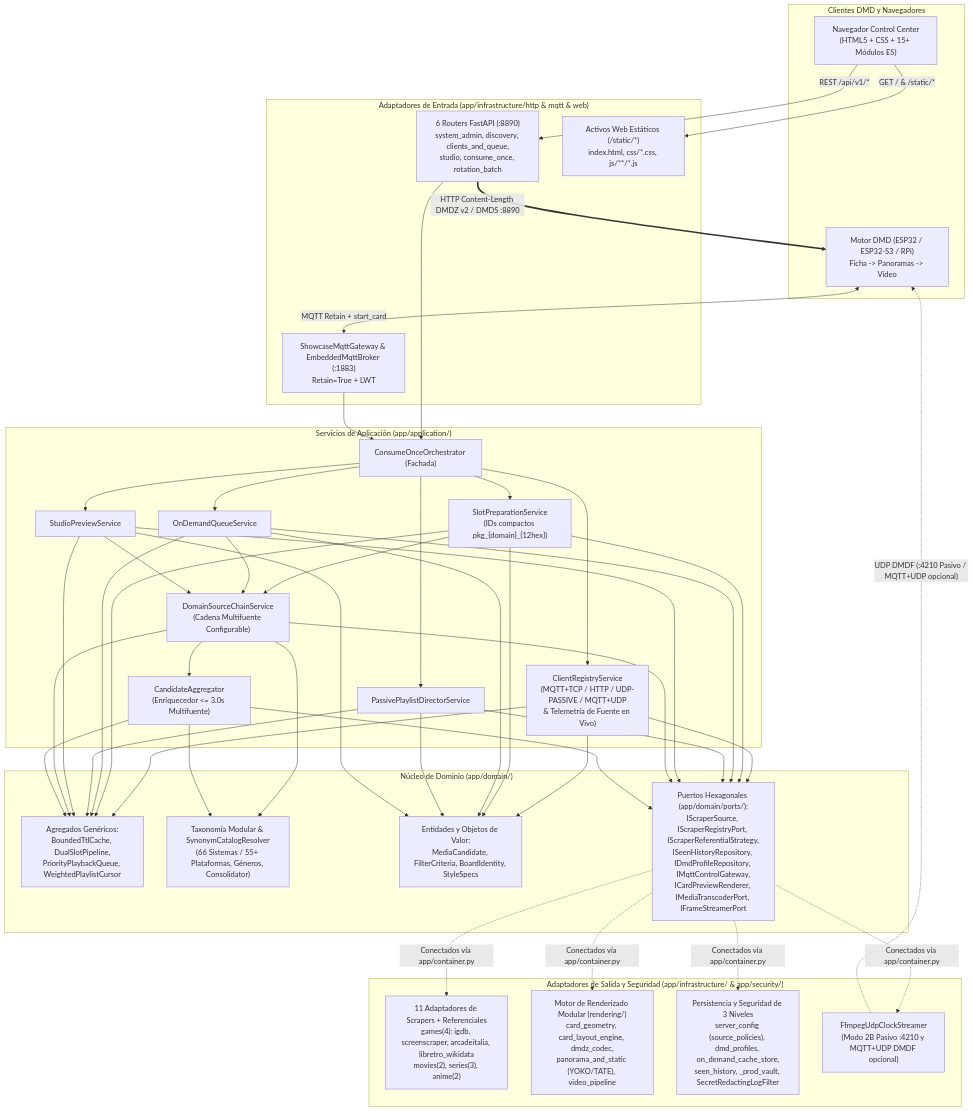
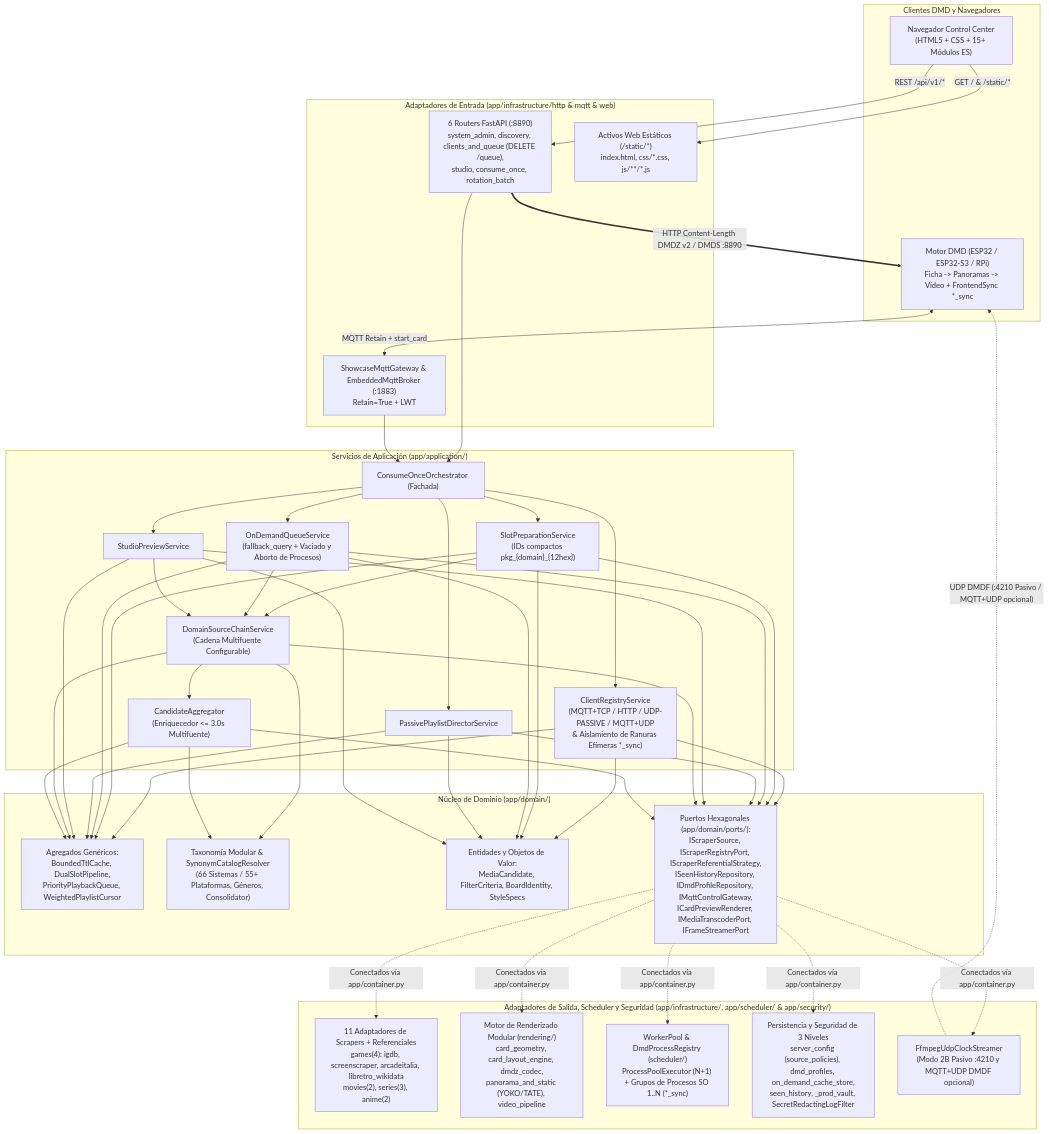
Before and after one commit to red77290/dmd_media_showcase: the first of 2 diagrams in docs/ARCHITECTURE_ES.md, drawn with Mermaid. The commit also changed other lines of this file and 17 other files, not shown here.

Commit message:
docs(frontend-sync): document per-DMD conversion process abort protocol, diagrams, and examples

````diff
--- a/docs/ARCHITECTURE_ES.md
+++ b/docs/ARCHITECTURE_ES.md
@@ -18,52 +18,53 @@
 ```mermaid
 flowchart TD
     subgraph DMD["Clientes DMD y Navegadores"]
         BROWSER["Navegador Control Center\n(HTML5 + CSS + 15+ Módulos ES)"]
-        ENG["Motor DMD (ESP32 / ESP32-S3 / RPi)\nFicha -> Panoramas -> Vídeo"]
+        ENG["Motor DMD (ESP32 / ESP32-S3 / RPi)\nFicha -> Panoramas -> Vídeo + FrontendSync *_sync"]
     end
 
     subgraph INFRA_IN["Adaptadores de Entrada (app/infrastructure/http & mqtt & web)"]
-        ROUTERS["6 Routers FastAPI (:8890)\nsystem_admin, discovery, clients_and_queue,\nstudio, consume_once, rotation_batch"]
+        ROUTERS["6 Routers FastAPI (:8890)\nsystem_admin, discovery, clients_and_queue (DELETE /queue),\nstudio, consume_once, rotation_batch"]
         STATIC["Activos Web Estáticos (/static/*)\nindex.html, css/*.css, js/**/*.js"]
         MQTT["ShowcaseMqttGateway & EmbeddedMqttBroker (:1883)\nRetain=True + LWT"]
     end
 
     subgraph APP["Servicios de Aplicación (app/application/)"]
         ORCH["ConsumeOnceOrchestrator (Fachada)"]
-        REG_SVC["ClientRegistryService\n(MQTT+TCP / HTTP / UDP-PASSIVE / MQTT+UDP\n& Telemetría de Fuente en Vivo)"]
+        REG_SVC["ClientRegistryService\n(MQTT+TCP / HTTP / UDP-PASSIVE / MQTT+UDP\n& Aislamiento de Ranuras Efímeras *_sync)"]
         PREP_SVC["SlotPreparationService\n(IDs compactos pkg_{domain}_{12hex})"]
-        QUEUE_SVC["OnDemandQueueService"]
+        QUEUE_SVC["OnDemandQueueService\n(fallback_query + Vaciado y Aborto de Procesos)"]
         DIR_SVC["PassivePlaylistDirectorService"]
         STUDIO_SVC["StudioPreviewService"]
         CHAIN["DomainSourceChainService\n(Cadena Multifuente Configurable)"]
         AGG_SVC["CandidateAggregator\n(Enriquecedor <= 3.0s Multifuente)"]
     end
 
     subgraph DOMAIN["Núcleo de Dominio (app/domain/)"]
         AGG["Agregados Genéricos:\nBoundedTtlCache, DualSlotPipeline,\nPriorityPlaybackQueue, WeightedPlaylistCursor"]
         TAX["Taxonomía Modular & SynonymCatalogResolver\n(66 Sistemas / 55+ Plataformas, Géneros, Consolidator)"]
         VO["Entidades y Objetos de Valor:\nMediaCandidate, FilterCriteria, BoardIdentity, StyleSpecs"]
         PORTS["Puertos Hexagonales (app/domain/ports/):\nIScraperSource, IScraperRegistryPort, IScraperReferentialStrategy,\nISeenHistoryRepository, IDmdProfileRepository, IMqttControlGateway,\nICardPreviewRenderer, IMediaTranscoderPort, IFrameStreamerPort"]
     end
 
-    subgraph INFRA_OUT["Adaptadores de Salida y Seguridad (app/infrastructure/ & app/security/)"]
+    subgraph INFRA_OUT["Adaptadores de Salida, Scheduler y Seguridad (app/infrastructure/, app/scheduler/ & app/security/)"]
         SCRAPERS["11 Adaptadores de Scrapers + Referenciales\ngames(4): igdb, screenscraper, arcadeitalia, libretro_wikidata\nmovies(2), series(3), anime(2)"]
         RENDER["Motor de Renderizado Modular (rendering/)\ncard_geometry, card_layout_engine, dmdz_codec,\npanorama_and_static (YOKO/TATE), video_pipeline"]
+        SCHED["WorkerPool & DmdProcessRegistry (scheduler/)\nProcessPoolExecutor (N+1) + Grupos de Procesos SO 1..N (*_sync)"]
         PERSIST["Persistencia y Seguridad de 3 Niveles\nserver_config (source_policies), dmd_profiles, on_demand_cache_store,\nseen_history, _prod_vault, SecretRedactingLogFilter"]
         UDP["FfmpegUdpClockStreamer\n(Modo 2B Pasivo :4210 y MQTT+UDP DMDF opcional)"]
     end
 
     BROWSER -->|"GET / & /static/*"| STATIC
     BROWSER -->|"REST /api/v1/*"| ROUTERS
     ENG <-->|"MQTT Retain + start_card"| MQTT
     ROUTERS ==>|"HTTP Content-Length DMDZ v2 / DMDS :8890"| ENG
     ROUTERS --> ORCH
     MQTT --> ORCH
     ORCH --> REG_SVC & PREP_SVC & QUEUE_SVC & DIR_SVC & STUDIO_SVC
     PREP_SVC & QUEUE_SVC & STUDIO_SVC --> CHAIN
     CHAIN --> AGG_SVC
     REG_SVC & PREP_SVC & QUEUE_SVC & DIR_SVC & STUDIO_SVC --> AGG & VO & PORTS
     CHAIN & AGG_SVC --> TAX & AGG & PORTS
-    PORTS -.->|"Conectados vía app/container.py"| SCRAPERS & RENDER & PERSIST & UDP
+    PORTS -.->|"Conectados vía app/container.py"| SCRAPERS & RENDER & SCHED & PERSIST & UDP
     UDP -.->|"UDP DMDF (:4210 Pasivo / MQTT+UDP opcional)"| ENG
 ```
````
